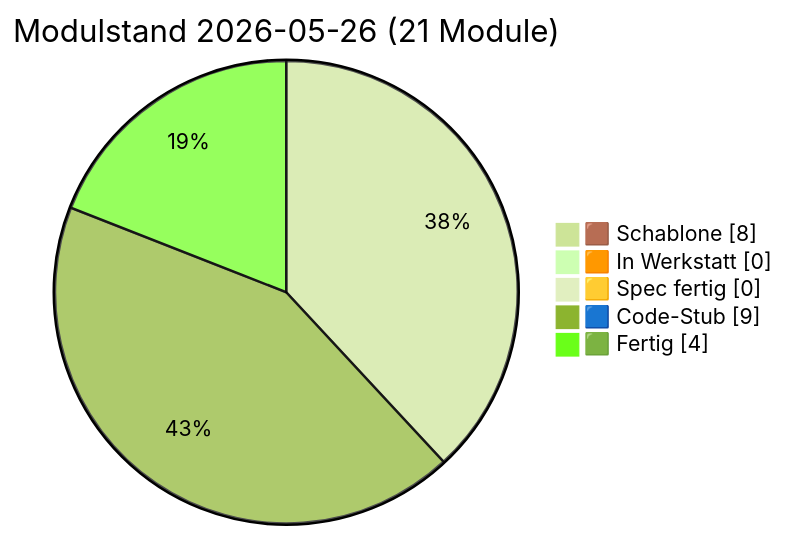
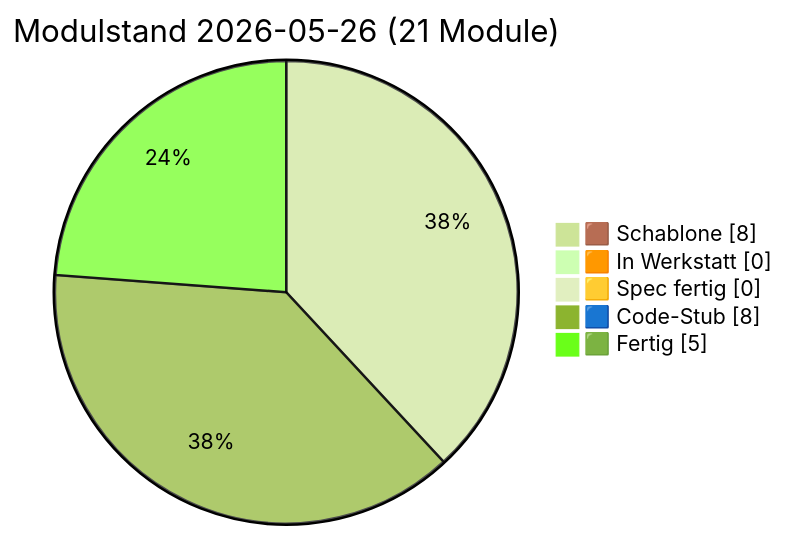
The diagram in docs/PULS.md (lausiklauskn-png/Sage-Protokol), drawn with Mermaid (forest theme) before and after one commit. The commit also changed other lines of this file and 3 other files, not shown here.

````diff
--- a/docs/PULS.md
+++ b/docs/PULS.md
@@ -21,9 +21,9 @@
 ```mermaid
 pie showData
   title Modulstand 2026-05-26 (21 Module)
   "🟫 Schablone" : 8
   "🟧 In Werkstatt" : 0
   "🟨 Spec fertig" : 0
-  "🟦 Code-Stub" : 9
-  "🟩 Fertig" : 4
+  "🟦 Code-Stub" : 8
+  "🟩 Fertig" : 5
 ```
````
